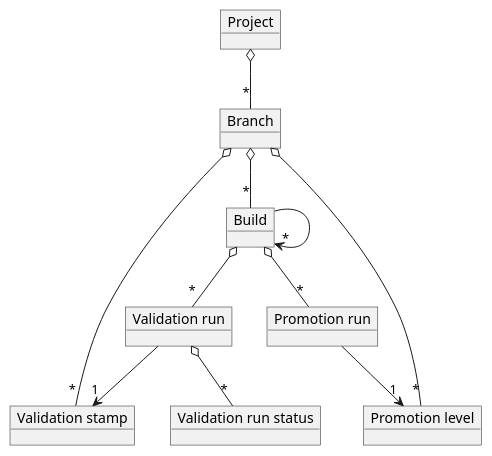
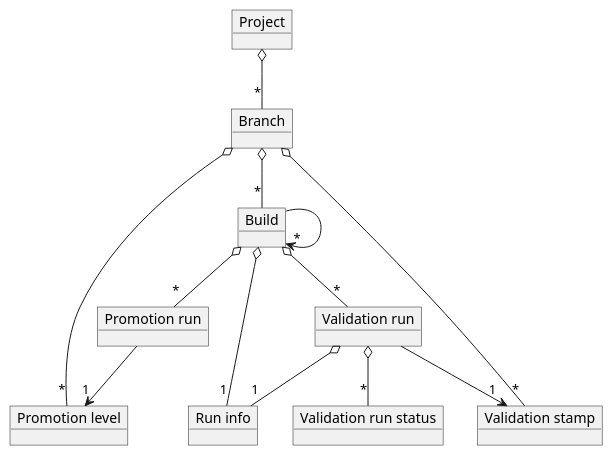
Before and after one commit to nemerosa/ontrack: the diagram in ontrack-docs/src/docs/asciidoc/model.puml, drawn with PlantUML. The commit also changed 6 other files, not shown here.

```diff
--- a/ontrack-docs/src/docs/asciidoc/model.puml
+++ b/ontrack-docs/src/docs/asciidoc/model.puml
@@ -1,26 +1,30 @@
 @startuml
 object Project
 object Branch
 object Build
 object "Promotion level" as PromotionLevel
 object "Validation stamp" as ValidationStamp
 object "Promotion run" as PromotionRun
 object "Validation run" as ValidationRun
 object "Validation run status" as ValidationRunStatus
+object "Run info" as RunInfo
 
 Project o-- "*" Branch
 
 Branch o-- "*" Build
 Branch o-- "*" PromotionLevel
 Branch o-- "*" ValidationStamp
 
 Build o-- "*" PromotionRun
 PromotionRun --> "1" PromotionLevel
 
 Build --> "*" Build
 
 Build o-- "*" ValidationRun
 ValidationRun --> "1" ValidationStamp
 ValidationRun o-- "*" ValidationRunStatus
 
+Build o-- "1" RunInfo
+ValidationRun o-- "1" RunInfo
+
 @enduml
```
